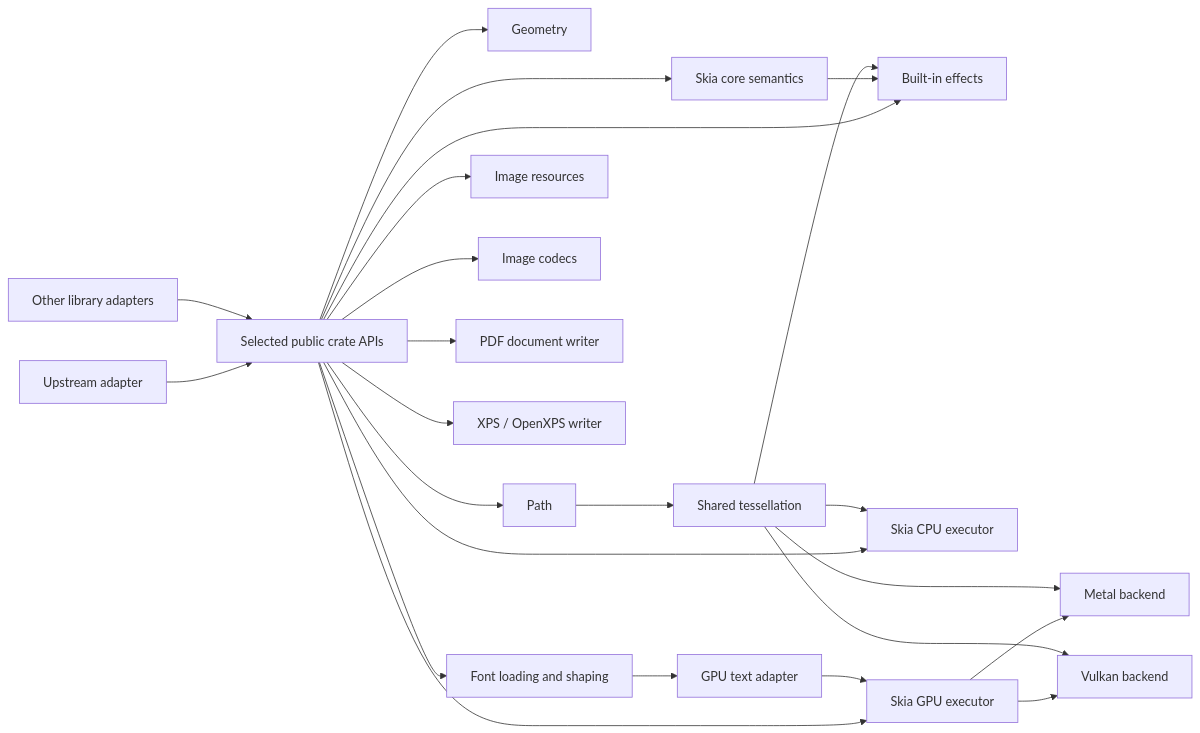
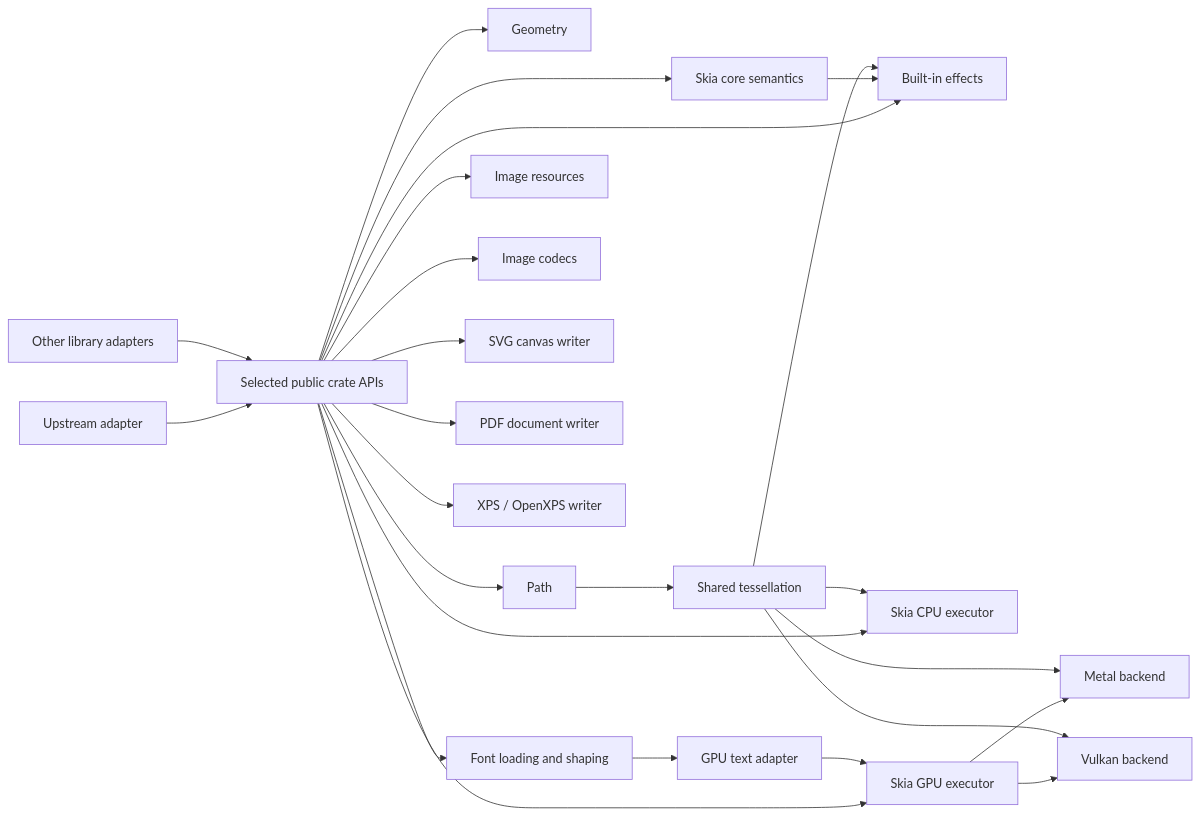
One commit to chogng/skia changed the diagram in README.md. Above: the diagram before and after it, drawn with Mermaid. The commit also changed other lines of this file and 8 other files, not shown here.

Commit message:
feat(svg): add bounded SVG canvas writer

````diff
--- a/README.md
+++ b/README.md
@@ -19,26 +19,27 @@
 ```mermaid
 flowchart LR
   adapter["Upstream adapter"] --> api["Selected public crate APIs"]
   other["Other library adapters"] --> api
   api --> geometry["Geometry"]
   api --> path["Path"]
   api --> text["Font loading and shaping"]
   api --> image["Image resources"]
   api --> codec["Image codecs"]
   api --> core["Skia core semantics"]
   api --> effects["Built-in effects"]
   api --> cpu["Skia CPU executor"]
   api --> gpu["Skia GPU executor"]
+  api --> svg["SVG canvas writer"]
   api --> pdf["PDF document writer"]
   api --> xps["XPS / OpenXPS writer"]
   gpu --> metal["Metal backend"]
   gpu --> vulkan["Vulkan backend"]
   path --> tessellation["Shared tessellation"]
   core --> effects
   tessellation --> effects
   tessellation --> cpu
   tessellation --> metal
   tessellation --> vulkan
   text --> gpu_text["GPU text adapter"]
   gpu_text --> gpu
 ```
````
